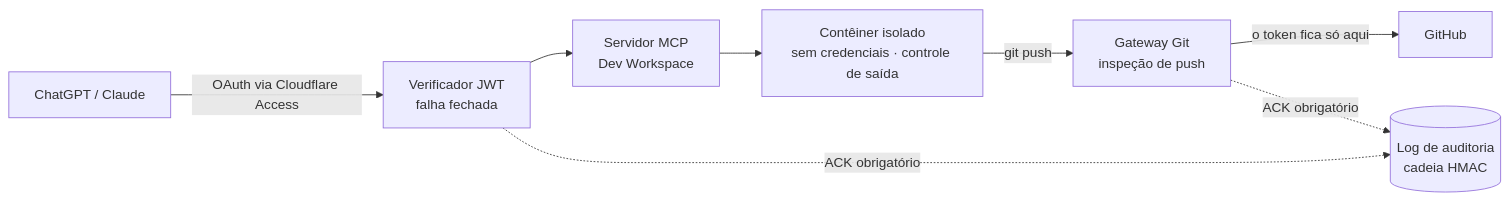
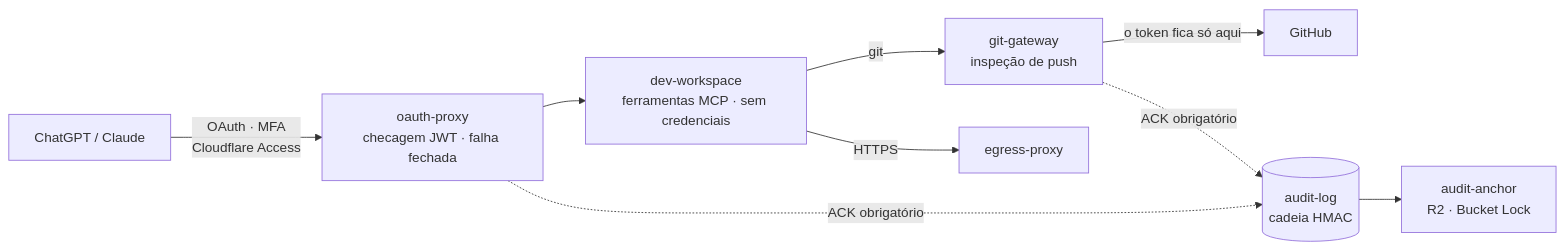
Before and after one commit to wesley-isaias/wesley-isaias: the diagram in projects/pt-br/mcp.md, drawn with Mermaid. The commit also changed other lines of this file and 6 other files, not shown here.

First line of the commit message:
docs: present Zayuni DevWS as the live MCP server

````diff
--- a/projects/pt-br/mcp.md
+++ b/projects/pt-br/mcp.md
@@ -20,10 +20,11 @@
 ```mermaid
 flowchart LR
-  C[ChatGPT / Claude] -->|OAuth via Cloudflare Access| V[Verificador JWT<br>falha fechada]
-  V --> M[Servidor MCP<br>Dev Workspace]
-  M --> WS[Contêiner isolado<br>sem credenciais · controle de saída]
-  WS -->|git push| G[Gateway Git<br>inspeção de push]
+  C[ChatGPT / Claude] -->|OAuth · MFA<br>Cloudflare Access| V[oauth-proxy<br>checagem JWT · falha fechada]
+  V --> M[dev-workspace<br>ferramentas MCP · sem credenciais]
+  M -->|git| G[git-gateway<br>inspeção de push]
   G -->|o token fica só aqui| GH[GitHub]
-  V -. ACK obrigatório .-> A[(Log de auditoria<br>cadeia HMAC)]
+  M -->|HTTPS| E[egress-proxy]
+  V -. ACK obrigatório .-> A[(audit-log<br>cadeia HMAC)]
   G -. ACK obrigatório .-> A
+  A --> K[audit-anchor<br>R2 · Bucket Lock]
 ```
````
